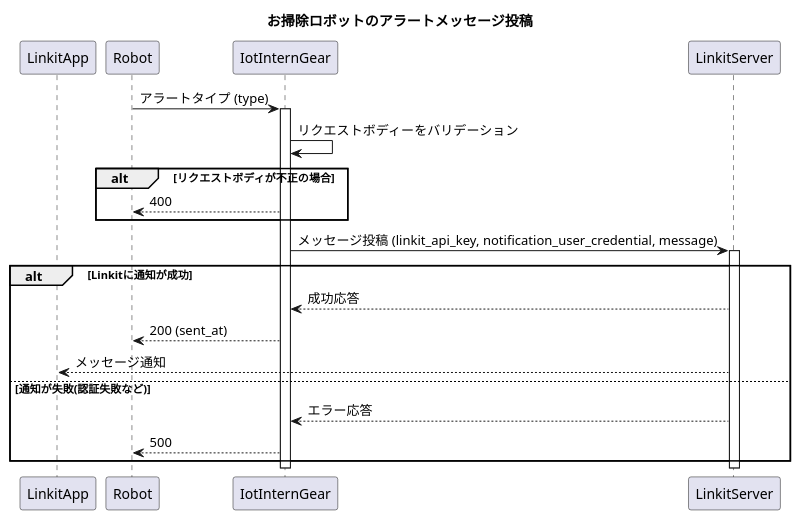
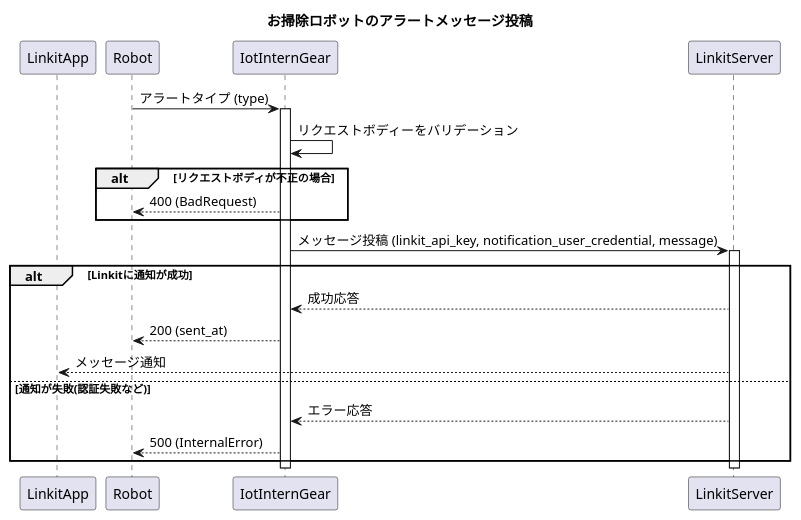
Before and after one commit to access-company/IoTIntern: the diagram in doc/sequence.puml, drawn with PlantUML. The commit also changed 1 other file, not shown here.

Commit message:
Add error name

```diff
--- a/doc/sequence.puml
+++ b/doc/sequence.puml
@@ -1,29 +1,29 @@
 @startuml SequenceDiagram
 title: お掃除ロボットのアラートメッセージ投稿
 
 participant LinkitApp
 participant Robot
 participant IotInternGear
 participant LinkitServer
 
 Robot -> IotInternGear: アラートタイプ (type)
 activate IotInternGear
 
 IotInternGear -> IotInternGear: リクエストボディーをバリデーション
 alt リクエストボディが不正の場合
-  Robot <-- IotInternGear: 400
+  Robot <-- IotInternGear: 400 (BadRequest)
 end
 
 IotInternGear -> LinkitServer: メッセージ投稿 (linkit_api_key, notification_user_credential, message)
 activate LinkitServer
 alt Linkitに通知が成功
   IotInternGear <-- LinkitServer: 成功応答
   Robot <-- IotInternGear: 200 (sent_at)
   LinkitApp <-- LinkitServer: メッセージ通知
 else 通知が失敗(認証失敗など)
   IotInternGear <-- LinkitServer: エラー応答
-  Robot <-- IotInternGear: 500
+  Robot <-- IotInternGear: 500 (InternalError)
 end
 deactivate LinkitServer
 deactivate IotInternGear
 @enduml
```
